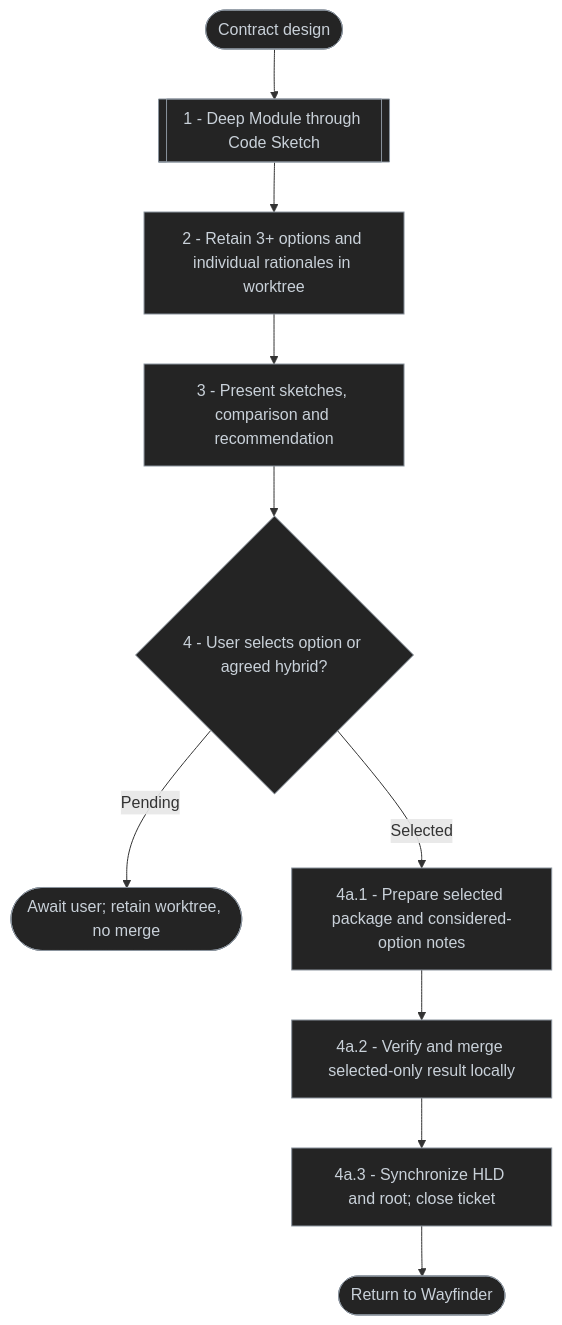
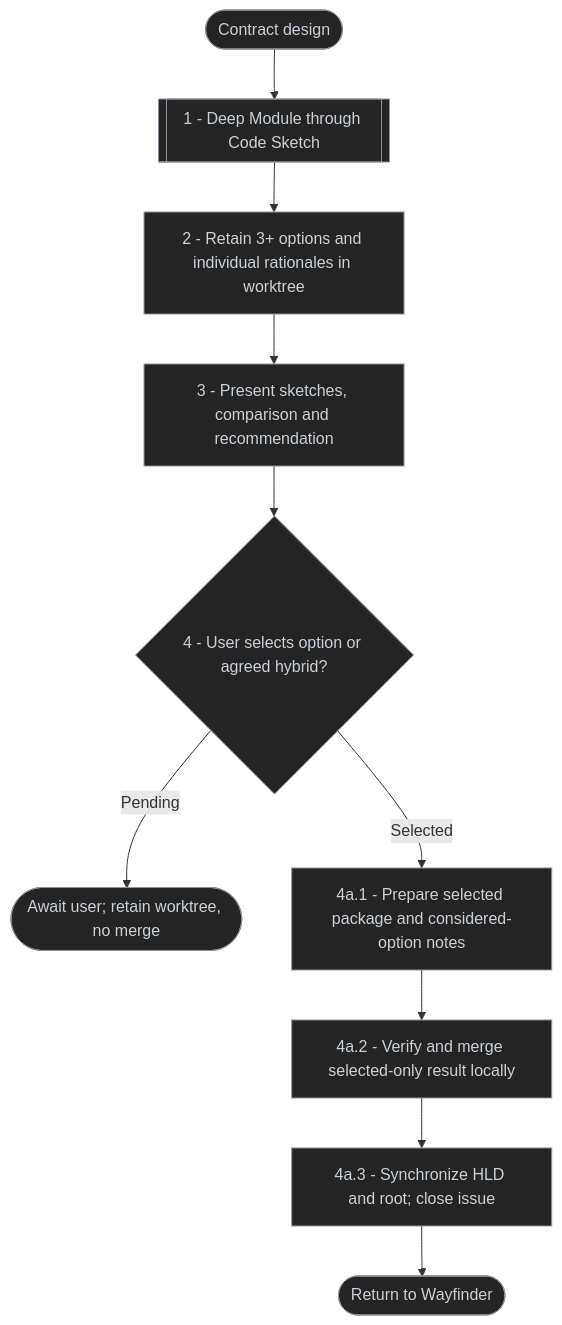
Before and after one commit to antshc/brain: the fifth of 5 diagrams in plugins/wf/skills/design/README.md, drawn with Mermaid. The commit also changed other lines of this file and 90 other files, not shown here.

````diff
--- a/plugins/wf/skills/design/README.md
+++ b/plugins/wf/skills/design/README.md
@@ -132,20 +132,20 @@
 ```mermaid
 %% diagram-id: design-wayfinder-contract-choice-flow
 flowchart TD
     start(["Contract design"])
     options[["1 - Deep Module through Code Sketch"]]
     retain["2 - Retain 3+ options and individual rationales in worktree"]
     present["3 - Present sketches, comparison and recommendation"]
     choice{"4 - User selects option or agreed hybrid?"}
     wait(["Await user; retain worktree, no merge"])
     payload["4a.1 - Prepare selected package and considered-option notes"]
     merge["4a.2 - Verify and merge selected-only result locally"]
-    sync["4a.3 - Synchronize HLD and root; close ticket"]
+    sync["4a.3 - Synchronize HLD and root; close issue"]
     finish(["Return to Wayfinder"])
 
     start --> options --> retain --> present --> choice
     choice -- "Selected" --> payload --> merge --> sync --> finish
     choice -- "Pending" --> wait
 
     classDef default fill:#242424,stroke:#8b949e,color:#c9d1d9,stroke-width:1px
 ```
````
